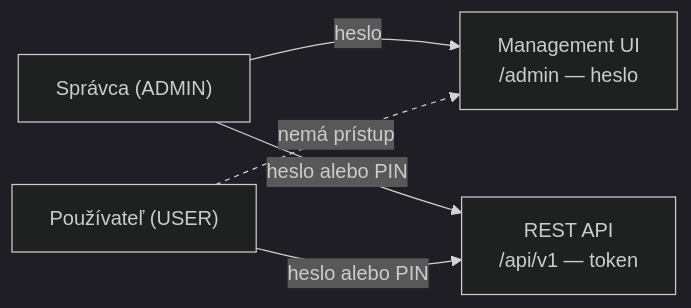
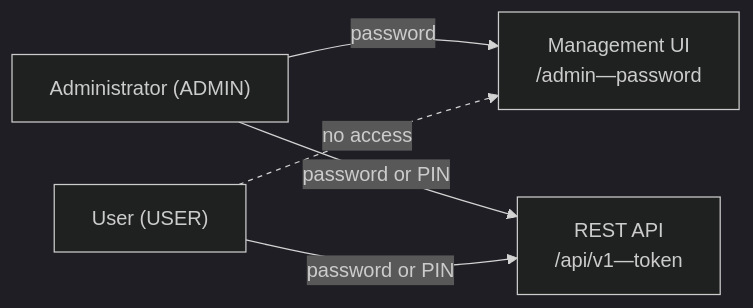
Before and after one commit to JurajPacolt/home-media-center: the second of 3 diagrams in README.md, drawn with Mermaid (dark theme). The commit also changed other lines of this file and 122 other files, not shown here.

````diff
--- a/README.md
+++ b/README.md
@@ -44,16 +44,16 @@
 ```mermaid
 flowchart LR
-    A["Správca (ADMIN)"]
-    U["Používateľ (USER)"]
+    A["Administrator (ADMIN)"]
+    U["User (USER)"]
     UI["Management UI
-    /admin — heslo"]
+    /admin—password"]
     API["REST API
-    /api/v1 — token"]
+    /api/v1—token"]
 
-    A -->|heslo| UI
-    A -->|heslo alebo PIN| API
-    U -->|heslo alebo PIN| API
-    U -.->|"nemá prístup"| UI
+    A -->|password| UI
+    A -->|password or PIN| API
+    U -->|password or PIN| API
+    U -.->|"no access"| UI
 
     linkStyle 3 stroke-dasharray: 4 4
 ```
````
